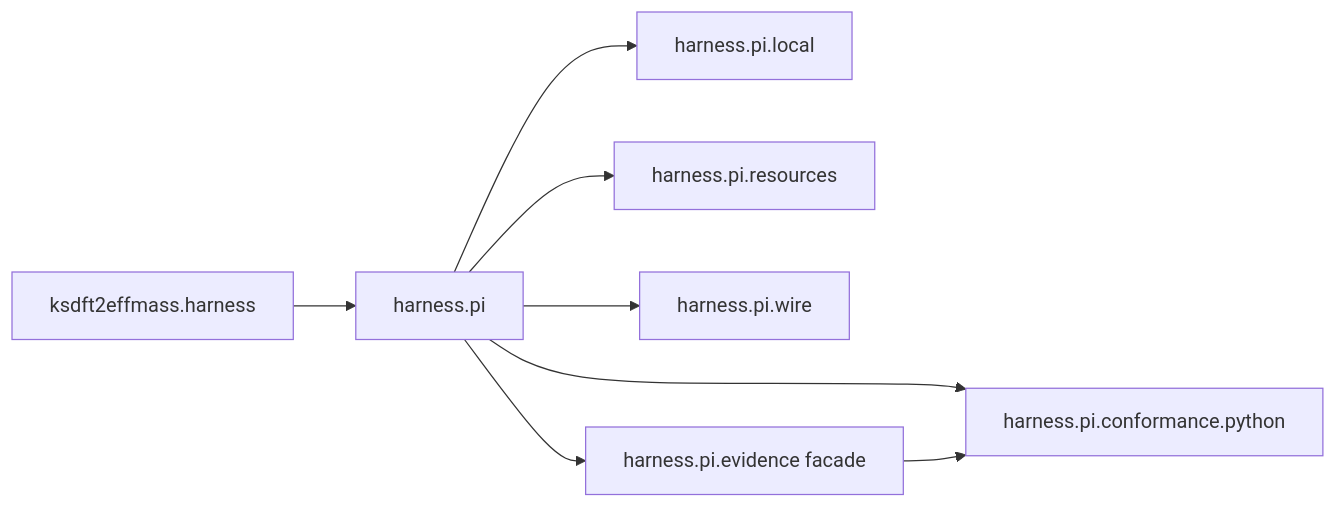
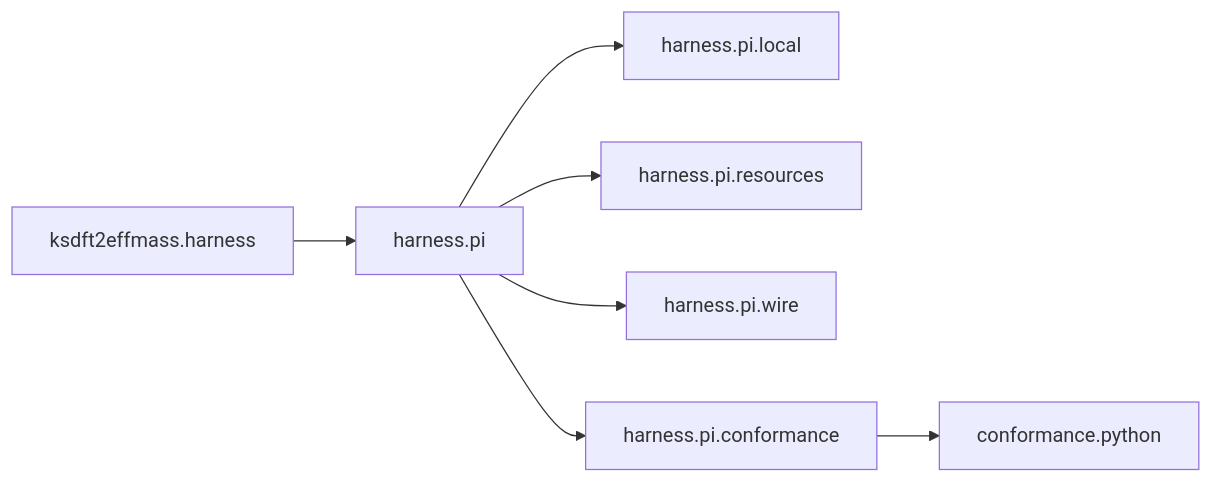
The diagram in docs/architecture/v1/ksdft2effmass/harness/index.md (eragasa/ksdft2effmass), drawn with Mermaid before and after one commit. The commit also changed 19 other files, not shown here.

Commit message:
retire Python evidence facade

````diff
--- a/docs/architecture/v1/ksdft2effmass/harness/index.md
+++ b/docs/architecture/v1/ksdft2effmass/harness/index.md
@@ -8,10 +8,9 @@
 ```mermaid
 flowchart LR
     harness["ksdft2effmass.harness"] --> pi["harness.pi"]
     pi --> local["harness.pi.local"]
     pi --> resources["harness.pi.resources"]
     pi --> wire["harness.pi.wire"]
-    pi --> conformance["harness.pi.conformance.python"]
-    pi --> evidence["harness.pi.evidence facade"]
-    evidence --> conformance
+    pi --> conformance["harness.pi.conformance"]
+    conformance --> python["conformance.python"]
 ```
````
